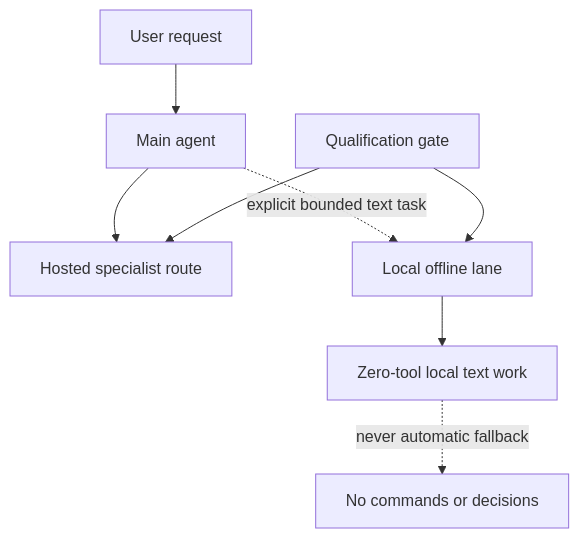
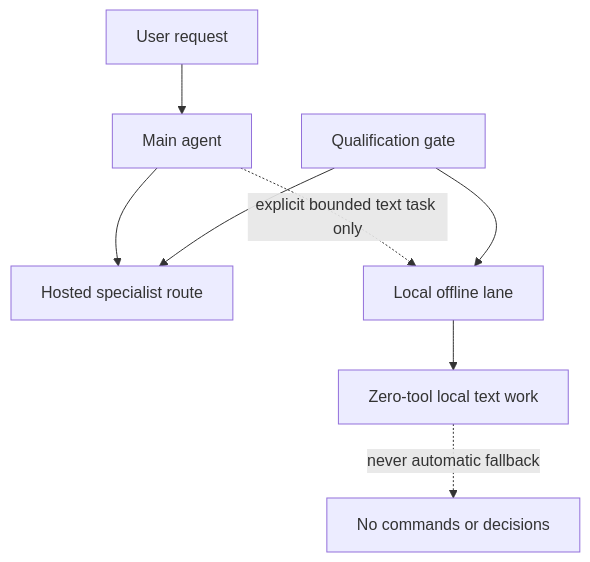
The diagram in README.md (smilidon/macpro-openclaw-infrastructure-case-study), drawn with Mermaid before and after one commit. The commit also changed other lines of this file, not shown here.

````diff
--- a/README.md
+++ b/README.md
@@ -40,10 +38,10 @@
 ```mermaid
 flowchart TD
     R[User request] --> M[Main agent]
     M --> H[Hosted specialist route]
-    M -. explicit bounded text task .-> L[Local offline lane]
+    M -. explicit bounded text task only .-> L[Local offline lane]
     L --> Z[Zero-tool local text work]
     Z -. never automatic fallback .-> X[No commands or decisions]
     Q[Qualification gate] --> H
     Q --> L
 ```
````
